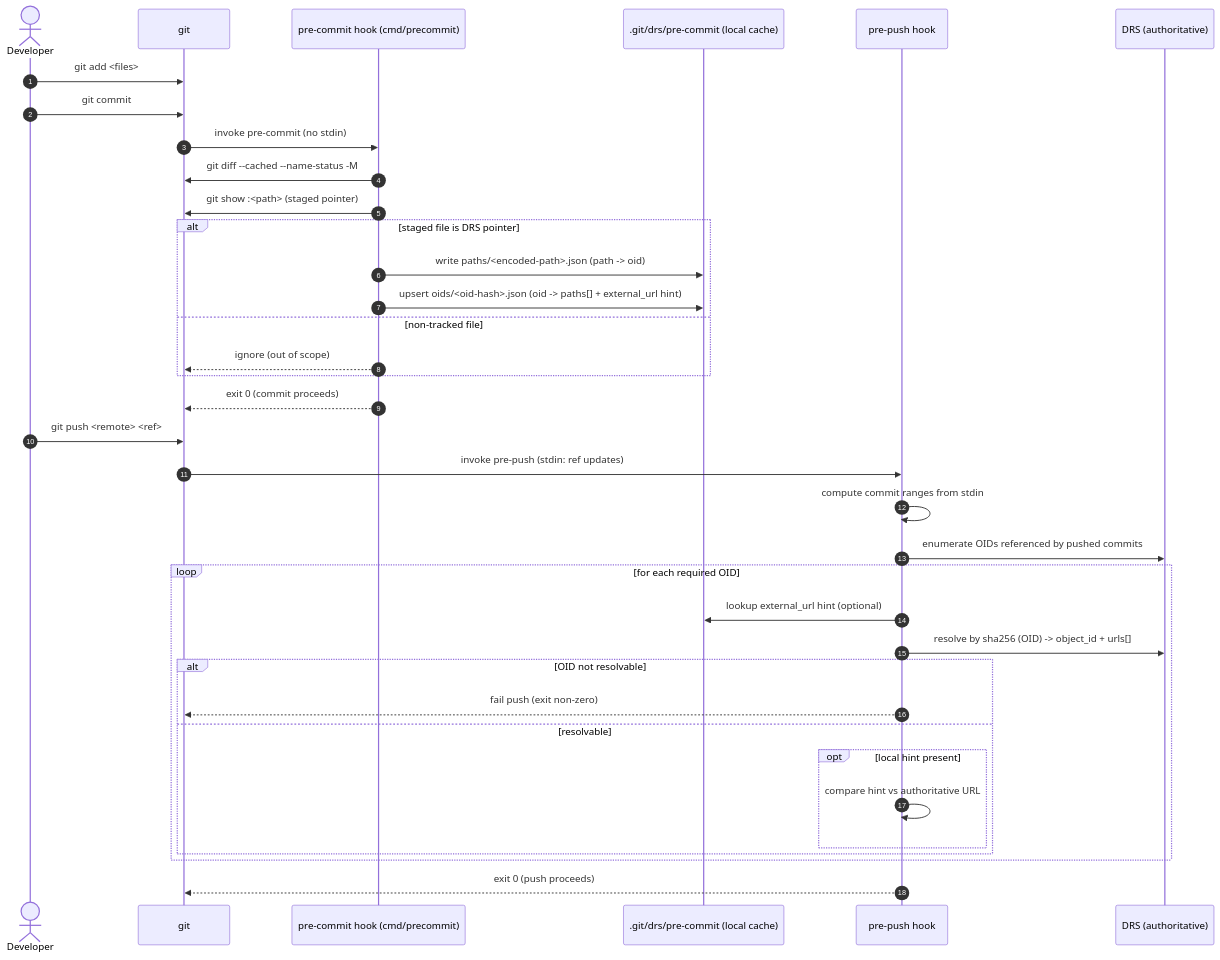
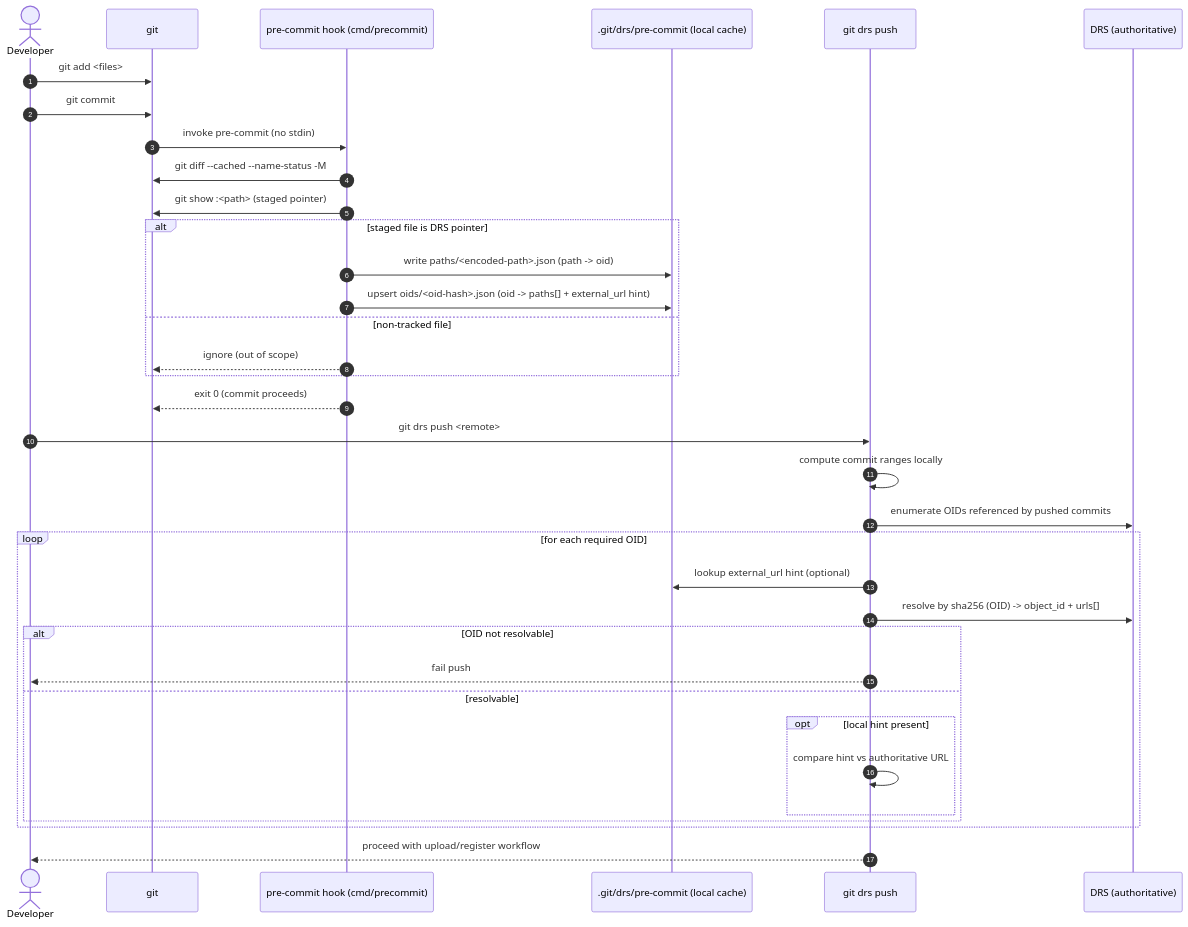
Before and after one commit to calypr/git-drs: the diagram in docs/precommit.md, drawn with Mermaid. The commit also changed other lines of this file and 17 other files, not shown here.

````diff
--- a/docs/precommit.md
+++ b/docs/precommit.md
@@ -366,41 +366,40 @@
 ```mermaid
 sequenceDiagram
   autonumber
   actor Dev as Developer
   participant Git as git
   participant PC as pre-commit hook (cmd/precommit)
   participant Cache as .git/drs/pre-commit (local cache)
-  participant PP as pre-push hook
+  participant Push as git drs push
   participant IDX as DRS (authoritative)
 
   Dev->>Git: git add <files>
   Dev->>Git: git commit
 
   Git->>PC: invoke pre-commit (no stdin)
   PC->>Git: git diff --cached --name-status -M
   PC->>Git: git show :<path> (staged pointer)
   alt staged file is DRS pointer
     PC->>Cache: write paths/<encoded-path>.json (path -> oid)
     PC->>Cache: upsert oids/<oid-hash>.json (oid -> paths[] + external_url hint)
   else non-tracked file
     PC-->>Git: ignore (out of scope)
   end
   PC-->>Git: exit 0 (commit proceeds)
 
-  Dev->>Git: git push <remote> <ref>
-  Git->>PP: invoke pre-push (stdin: ref updates)
-  PP->>PP: compute commit ranges from stdin
-  PP->>IDX: enumerate OIDs referenced by pushed commits
+  Dev->>Push: git drs push <remote>
+  Push->>Push: compute commit ranges locally
+  Push->>IDX: enumerate OIDs referenced by pushed commits
   loop for each required OID
-    PP->>Cache: lookup external_url hint (optional)
-    PP->>IDX: resolve by sha256 (OID) -> object_id + urls[]
+    Push->>Cache: lookup external_url hint (optional)
+    Push->>IDX: resolve by sha256 (OID) -> object_id + urls[]
     alt OID not resolvable
-      PP-->>Git: fail push (exit non-zero)
+      Push-->>Dev: fail push
     else resolvable
       opt local hint present
-        PP->>PP: compare hint vs authoritative URL
+        Push->>Push: compare hint vs authoritative URL
       end
     end
   end
-  PP-->>Git: exit 0 (push proceeds)
+  Push-->>Dev: proceed with upload/register workflow
 ```
````
